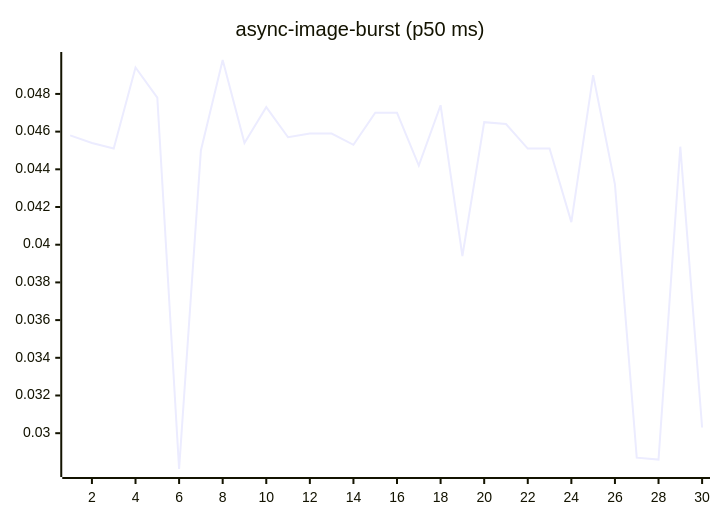
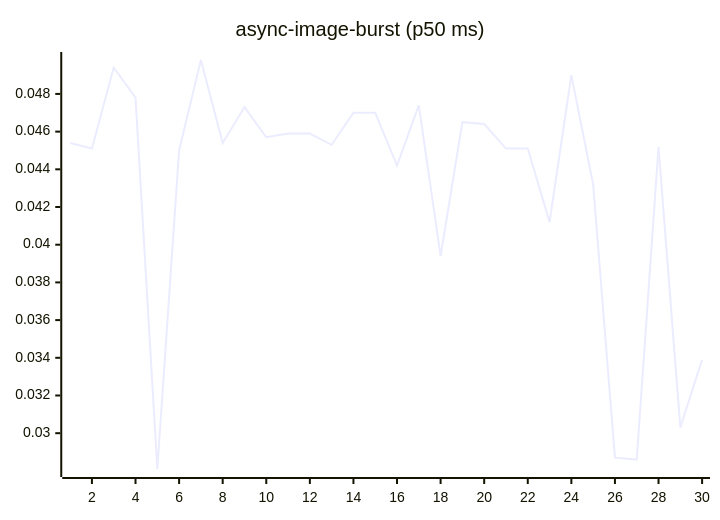
One commit to josha/Facet changed the fourth of 27 diagrams in README.md. Above: the diagram before and after it, drawn with Mermaid. The commit also changed other lines of this file and 2 other files, not shown here.

````diff
--- a/README.md
+++ b/README.md
@@ -84,6 +84,6 @@
 ```mermaid
 xychart-beta
     title "async-image-burst (p50 ms)"
     x-axis 1 --> 30
-    line [0.0458, 0.0454, 0.0451, 0.0494, 0.0478, 0.0281, 0.0450, 0.0498, 0.0454, 0.0473, 0.0457, 0.0459, 0.0459, 0.0453, 0.0470, 0.0470, 0.0442, 0.0474, 0.0394, 0.0465, 0.0464, 0.0451, 0.0451, 0.0412, 0.0490, 0.0432, 0.0287, 0.0286, 0.0452, 0.0303]
+    line [0.0454, 0.0451, 0.0494, 0.0478, 0.0281, 0.0450, 0.0498, 0.0454, 0.0473, 0.0457, 0.0459, 0.0459, 0.0453, 0.0470, 0.0470, 0.0442, 0.0474, 0.0394, 0.0465, 0.0464, 0.0451, 0.0451, 0.0412, 0.0490, 0.0432, 0.0287, 0.0286, 0.0452, 0.0303, 0.0339]
 ```
````
